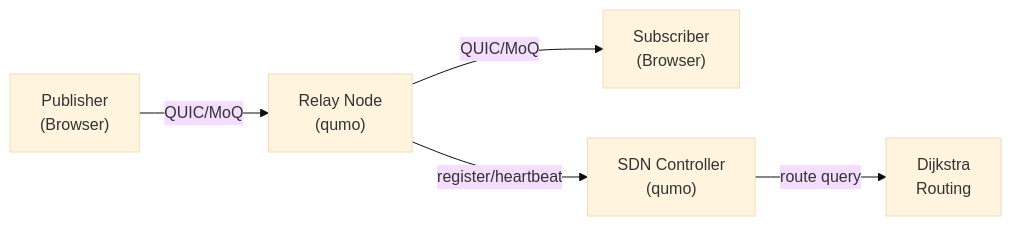
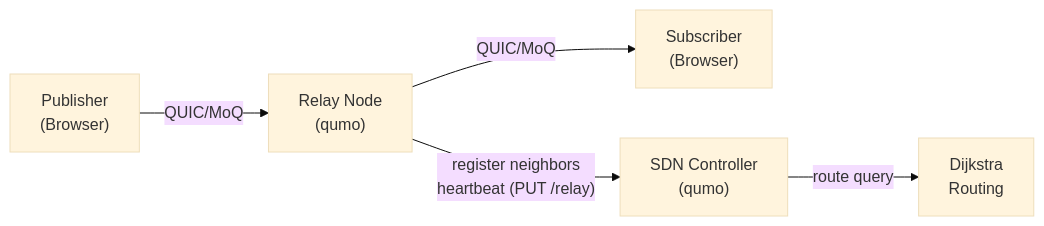
Before and after one commit to mpisat/qumo: the diagram in README.md, drawn with Mermaid (base theme). The commit also changed other lines of this file, not shown here.

````diff
--- a/README.md
+++ b/README.md
@@ -611,13 +336,13 @@
 ```mermaid
 graph LR
     Publisher["Publisher<br/>(Browser)"]
     Relay["Relay Node<br/>(qumo)"]
     Subscriber["Subscriber<br/>(Browser)"]
     SDN["SDN Controller<br/>(qumo)"]
     Routing["Dijkstra<br/>Routing"]
 
     Publisher -->|QUIC/MoQ| Relay
     Relay -->|QUIC/MoQ| Subscriber
-    Relay -->|register/heartbeat| SDN
+    Relay -->|"register neighbors<br/>heartbeat (PUT /relay)"| SDN
     SDN -->|route query| Routing
 ```
````
